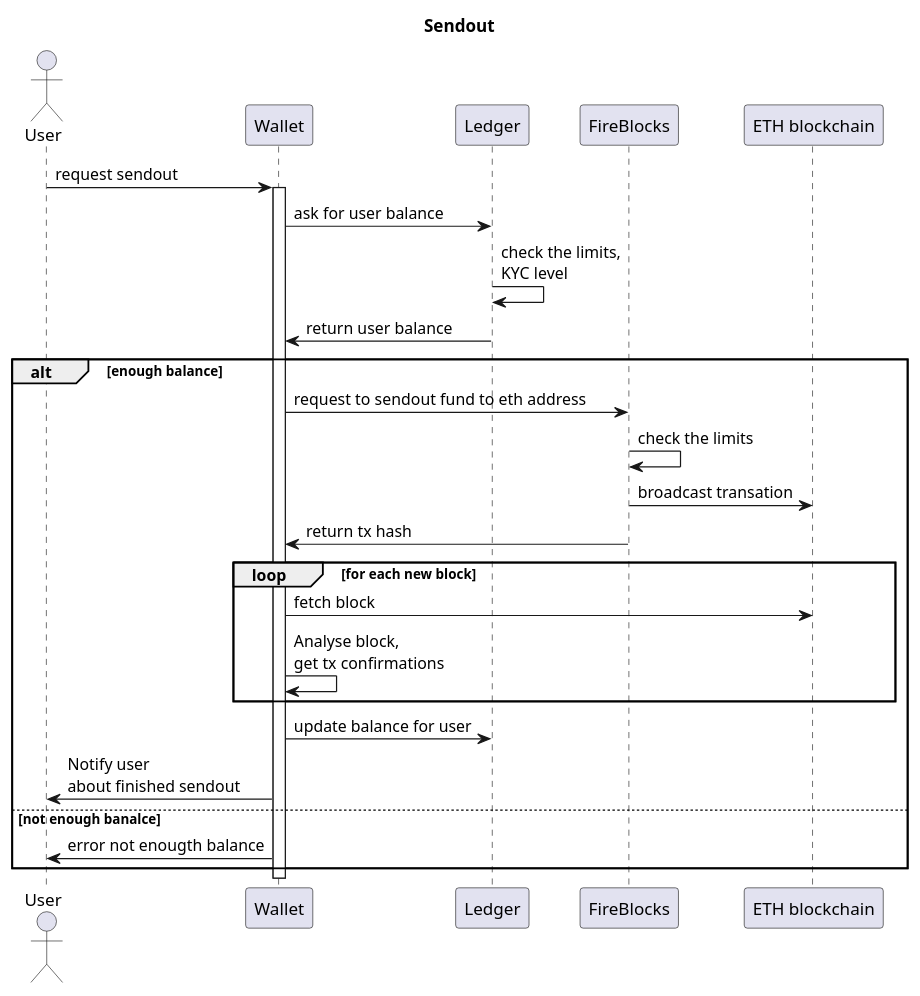
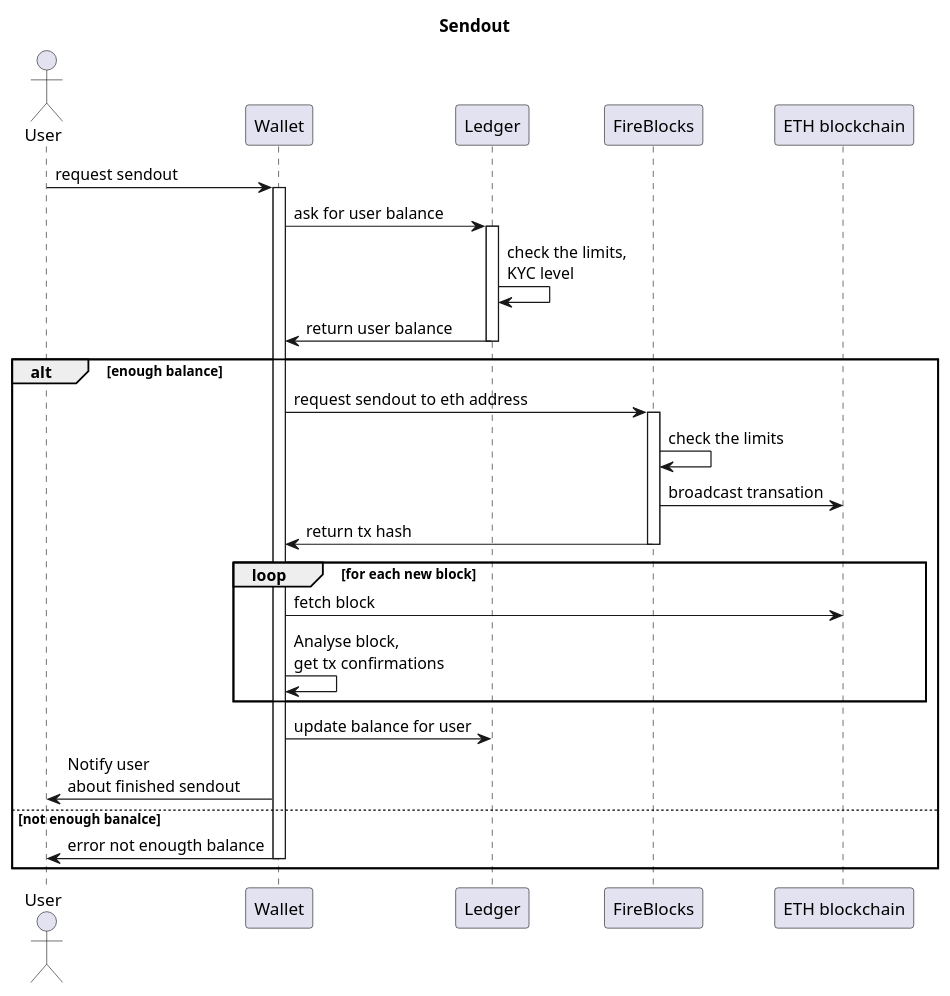
The diagram in sendout_sequence.puml (localtradersteam/Sequense-Diagrams), drawn with PlantUML before and after one commit. The commit also changed 3 other files, not shown here.

```diff
--- a/sendout_sequence.puml
+++ b/sendout_sequence.puml
@@ -1,32 +1,32 @@
 @startuml
 
 title "Sendout"
 
 actor "User" as u
 
 participant "Wallet" as wallet
 participant "Ledger" as ledger
 participant "FireBlocks" as fb
 participant "ETH blockchain" as eb
 
 u -> wallet ++: request sendout
-wallet -> ledger : ask for user balance
+wallet -> ledger++: ask for user balance
 ledger -> ledger : check the limits,\nKYC level
-ledger -> wallet : return user balance
+ledger -> wallet--: return user balance
 
 alt enough balance
-wallet -> fb : request to sendout fund to eth address
+wallet -> fb++: request sendout to eth address
 fb -> fb : check the limits
 fb -> eb: broadcast transation
-fb -> wallet: return tx hash
+fb -> wallet--: return tx hash
 loop for each new block
 wallet -> eb: fetch block
 wallet -> wallet: Analyse block,\nget tx confirmations
 end
 wallet -> ledger: update balance for user
 wallet -> u: Notify user\nabout finished sendout
 else not enough banalce
-wallet -> u : error not enougth balance
+wallet -> u--: error not enougth balance
 end group
 
 @enduml
```
